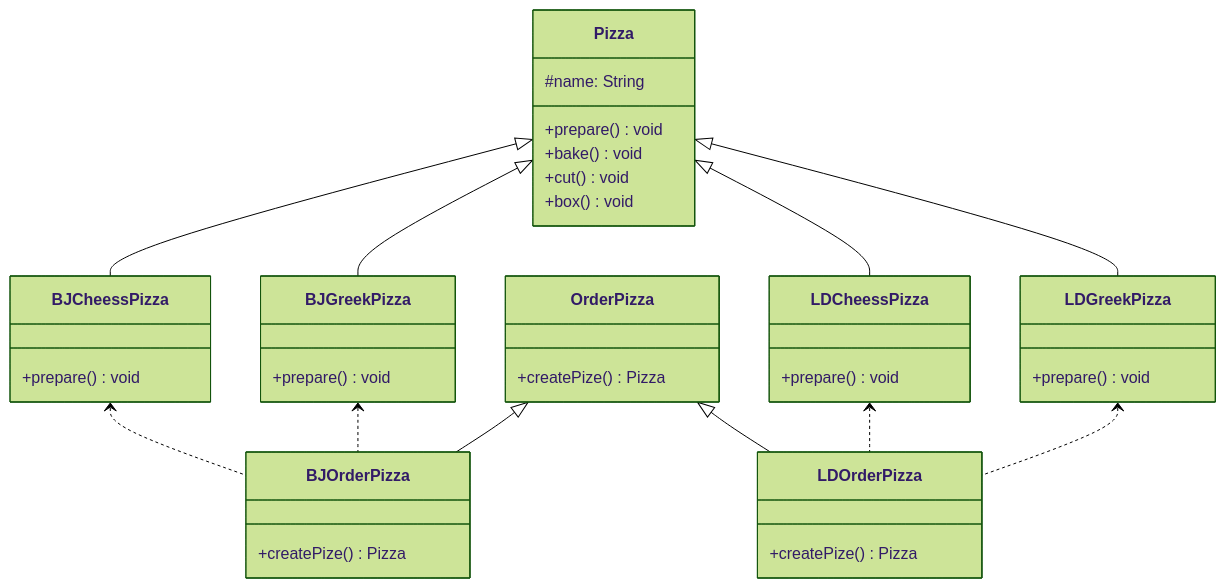
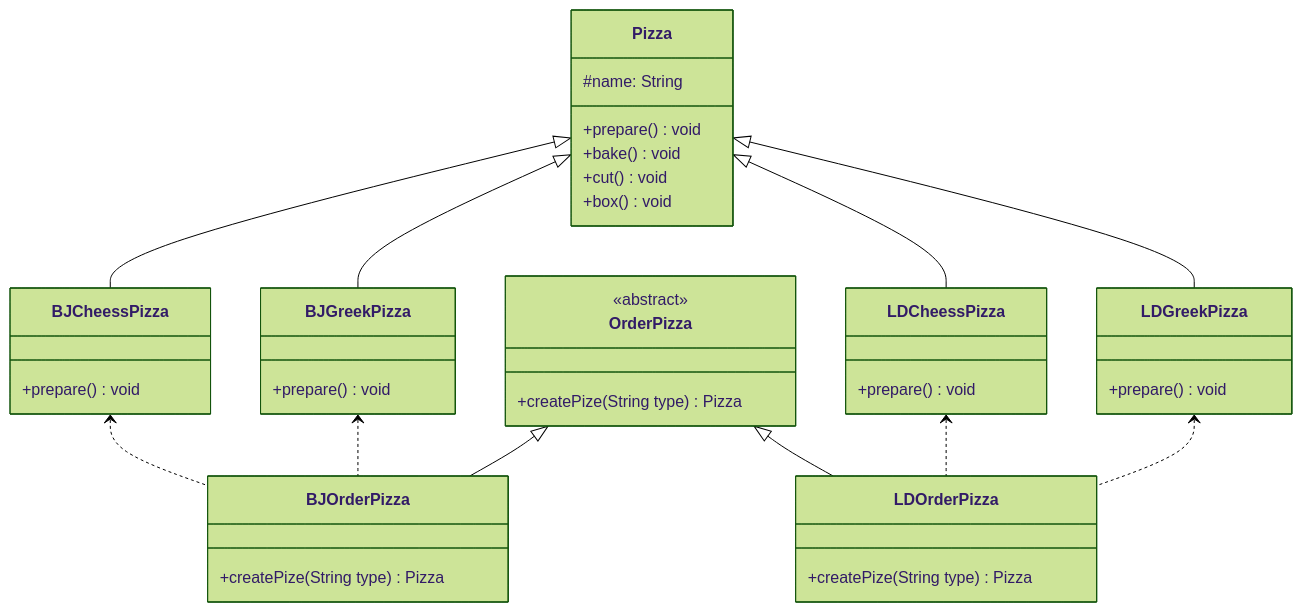
Before and after one commit to Meinil/Meinil.github.io: diagram 21 of 23 in docs/java/DesignPattern.md, drawn with Mermaid (forest theme). The commit also changed other lines of this file, not shown here.

````diff
--- a/docs/java/DesignPattern.md
+++ b/docs/java/DesignPattern.md
@@ -1173,41 +1175,42 @@
 ```mermaid
 classDiagram
 class Pizza {
 	#name: String
 	+prepare() void
 	+bake() void
 	+cut() void
 	+box() void
 }
 class BJCheessPizza {
 	+prepare() void
 }
 class BJGreekPizza {
 	+prepare() void
 }
 class LDCheessPizza {
 	+prepare() void
 }
 class LDGreekPizza {
 	+prepare() void
 }
 class OrderPizza {
-	+createPize() Pizza
+	<<abstract>>
+	+createPize(String type) Pizza
 }
 class BJOrderPizza {
-	+createPize() Pizza
+	+createPize(String type) Pizza
 }
 class LDOrderPizza {
-	+createPize() Pizza
+	+createPize(String type) Pizza
 }
 Pizza <|-- BJCheessPizza
 BJCheessPizza <.. BJOrderPizza
 BJGreekPizza <.. BJOrderPizza
 Pizza <|-- BJGreekPizza
 OrderPizza <|-- BJOrderPizza
 OrderPizza <|-- LDOrderPizza
 Pizza <|-- LDCheessPizza
 LDCheessPizza <.. LDOrderPizza
 LDGreekPizza <.. LDOrderPizza
 Pizza <|-- LDGreekPizza
 ```
````
